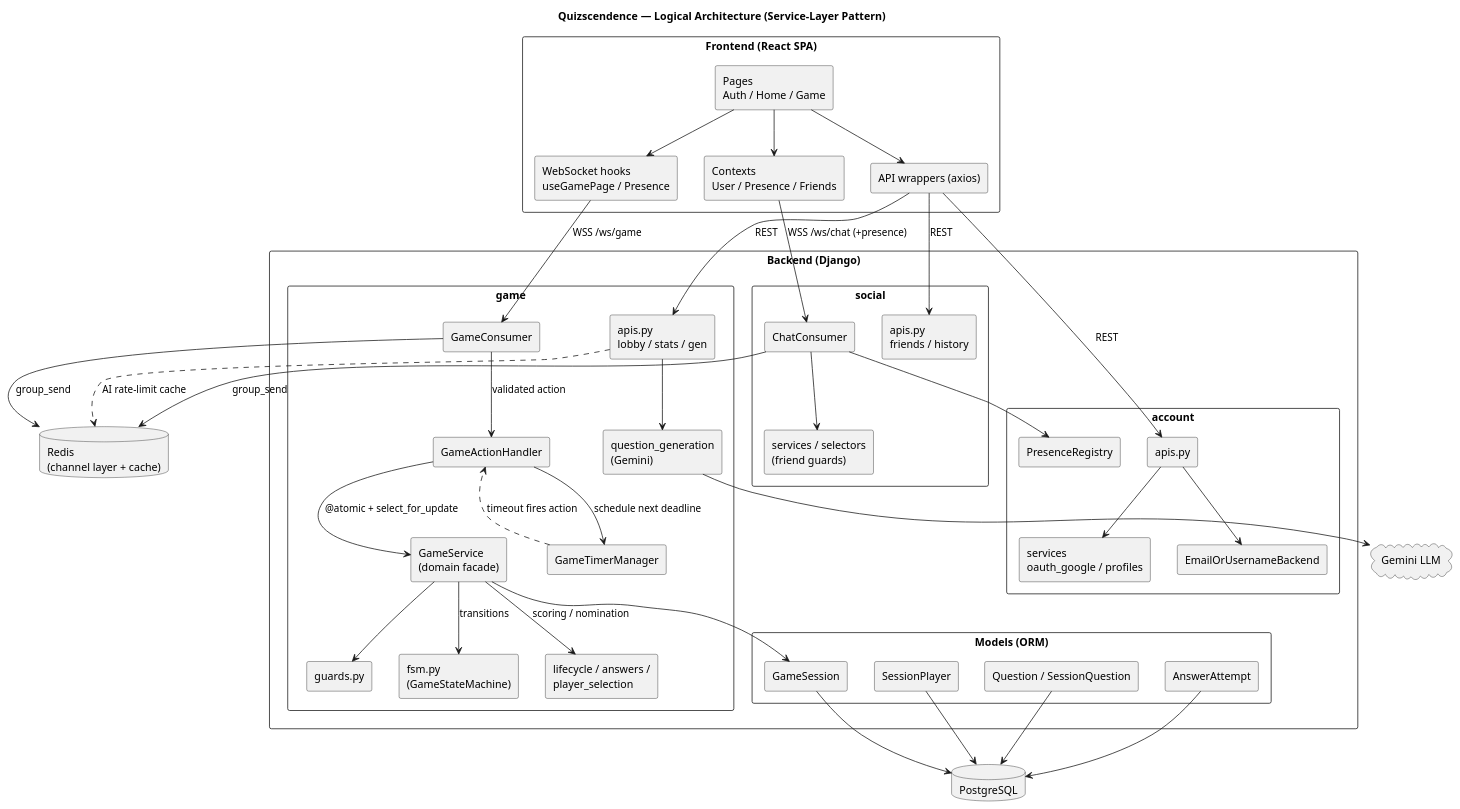
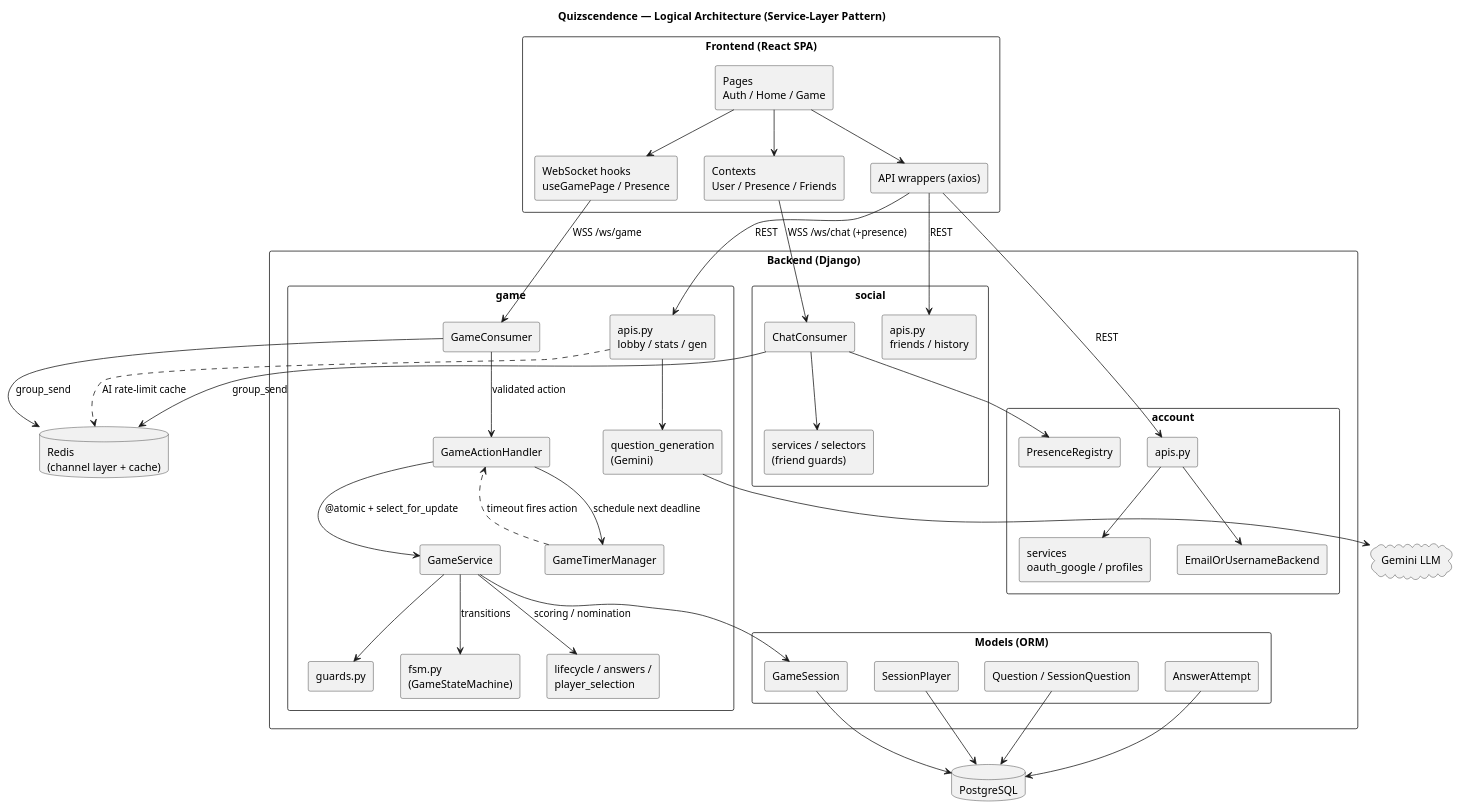
Before and after one commit to Jzackiewicz/42_ft_transcendence: the diagram in docs/logical_view.puml, drawn with PlantUML. The commit also changed 3 other files, not shown here.

Commit message:
Diagrams WIP

```diff
--- a/docs/logical_view.puml
+++ b/docs/logical_view.puml
@@ -1,91 +1,91 @@
 @startuml Quizscendence_Logical
 title Quizscendence — Logical Architecture (Service-Layer Pattern)
 
 skinparam componentStyle rectangle
 skinparam shadowing false
 skinparam packageStyle rectangle
 
 package "Frontend (React SPA)" {
   [Pages\nAuth / Home / Game] as pages
   [Contexts\nUser / Presence / Friends] as ctx
   [API wrappers (axios)] as axios
   [WebSocket hooks\nuseGamePage / Presence] as wshooks
 }
 
 package "Backend (Django)" {
 
   package "account" {
     [apis.py] as acc_api
     [services\noauth_google / profiles] as acc_svc
     [EmailOrUsernameBackend] as acc_auth
     [PresenceRegistry] as presence
   }
 
   package "social" {
     [apis.py\nfriends / history] as soc_api
     [ChatConsumer] as soc_ws
     [services / selectors\n(friend guards)] as soc_svc
   }
 
   package "game" {
     [GameConsumer] as g_ws
     [apis.py\nlobby / stats / gen] as g_api
     [GameActionHandler] as g_handler
-    [GameService\n(domain facade)] as g_service
+    [GameService] as g_service
     [guards.py] as g_guards
     [fsm.py\n(GameStateMachine)] as g_fsm
     [lifecycle / answers /\nplayer_selection] as g_rules
     [GameTimerManager] as g_timer
     [question_generation\n(Gemini)] as g_ai
   }
 
   package "Models (ORM)" {
     [GameSession] as m_session
     [SessionPlayer] as m_player
     [Question / SessionQuestion] as m_q
     [AnswerAttempt] as m_attempt
   }
 }
 
 database "PostgreSQL" as pg
 database "Redis\n(channel layer + cache)" as redis
 cloud "Gemini LLM" as gemini
 
 ' ---- Frontend wiring ----
 pages --> ctx
 pages --> axios
 pages --> wshooks
 axios --> acc_api : REST
 axios --> g_api : REST
 axios --> soc_api : REST
 wshooks --> g_ws : WSS /ws/game
 ctx --> soc_ws : WSS /ws/chat (+presence)
 
 ' ---- Game backend flow ----
 g_ws --> g_handler : validated action
 g_api --> g_ai
 g_handler --> g_service : @atomic + select_for_update
 g_service --> g_guards
 g_service --> g_fsm : transitions
 g_service --> g_rules : scoring / nomination
 g_service --> m_session
 g_handler --> g_timer : schedule next deadline
 g_timer ..> g_handler : timeout fires action
 
 ' ---- Account / social ----
 acc_api --> acc_svc
 acc_api --> acc_auth
 soc_ws --> presence
 soc_ws --> soc_svc
 
 ' ---- Persistence & infra ----
 m_session --> pg
 m_player --> pg
 m_q --> pg
 m_attempt --> pg
 g_ws --> redis : group_send
 soc_ws --> redis : group_send
 g_api ..> redis : AI rate-limit cache
 g_ai --> gemini
 
 @enduml
```
